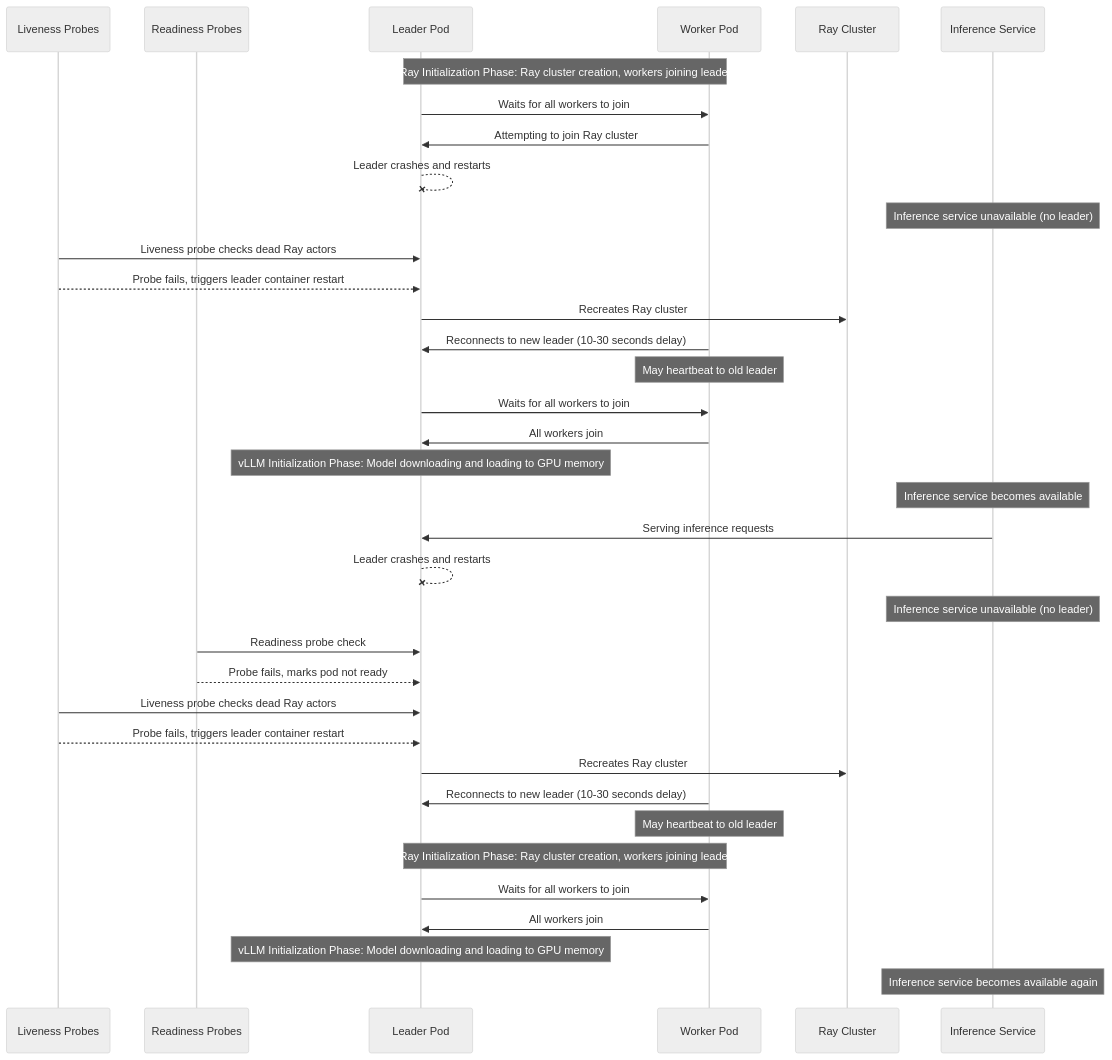
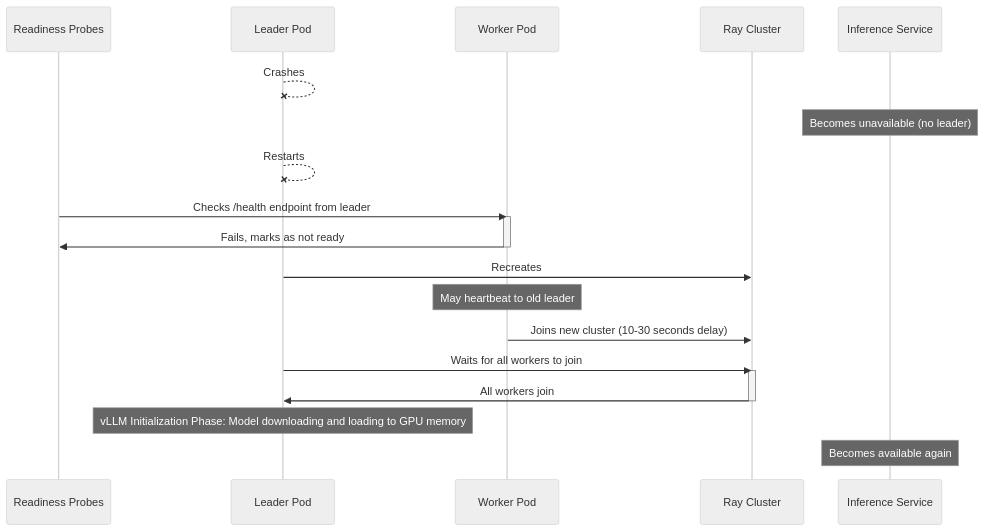
One commit to kaito-project/kaito changed the first of 2 diagrams in docs/proposals/20250325-distributed-inference.md. Above: the diagram before and after it, drawn with Mermaid (neutral theme). The commit also changed other lines of this file, not shown here.

Commit message:
Simplify sequential diagram

````diff
--- a/docs/proposals/20250325-distributed-inference.md
+++ b/docs/proposals/20250325-distributed-inference.md
@@ -160,43 +160,25 @@
 ```mermaid
 sequenceDiagram
-    participant K as Liveness Probes
     participant P as Readiness Probes
     participant L as Leader Pod
     participant W as Worker Pod
     participant R as Ray Cluster
     participant V as Inference Service
 
-    Note over L,W: Ray Initialization Phase: Ray cluster creation, workers joining leader
-
-    %% Leader Crash During Initialization
-    L->>W: Waits for all workers to join
-    W->>L: Attempting to join Ray cluster
-    L--xL: Leader crashes and restarts
-    Note over V: Inference service unavailable (no leader)
-    K->>L: Liveness probe checks dead Ray actors
-    K-->>L: Probe fails, triggers leader container restart
-    L->>R: Recreates Ray cluster
-    W->>L: Reconnects to new leader (10-30 seconds delay)
+    L--xL: Crashes
+    Note over V: Becomes unavailable (no leader)
+    L--xL: Restarts
+    P->>W: Checks /health endpoint from leader
+    activate W
+    W->>P: Fails, marks as not ready
+    deactivate W
+    L->>R: Recreates
     Note over W: May heartbeat to old leader
-    L->>W: Waits for all workers to join
-    W->>L: All workers join
+    W->>R: Joins new cluster (10-30 seconds delay)
+    L->>R: Waits for all workers to join
+    activate R
+    R->>L: All workers join
+    deactivate R
     Note over L: vLLM Initialization Phase: Model downloading and loading to GPU memory
-    Note over V: Inference service becomes available
-
-    %% Leader Crash After Inference Service is Ready
-    V->>L: Serving inference requests
-    L--xL: Leader crashes and restarts
-    Note over V: Inference service unavailable (no leader)
-    P->>L: Readiness probe check
-    P-->>L: Probe fails, marks pod not ready
-    K->>L: Liveness probe checks dead Ray actors
-    K-->>L: Probe fails, triggers leader container restart
-    L->>R: Recreates Ray cluster
-    W->>L: Reconnects to new leader (10-30 seconds delay)
-    Note over W: May heartbeat to old leader
-    Note over L,W: Ray Initialization Phase: Ray cluster creation, workers joining leader
-    L->>W: Waits for all workers to join
-    W->>L: All workers join
-    Note over L: vLLM Initialization Phase: Model downloading and loading to GPU memory
-    Note over V: Inference service becomes available again
+    Note over V: Becomes available again
 ```
````
